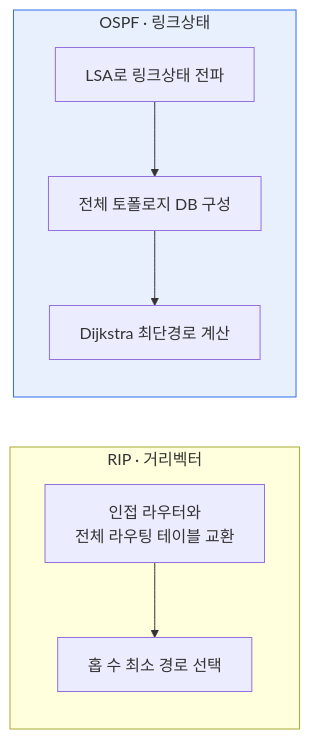
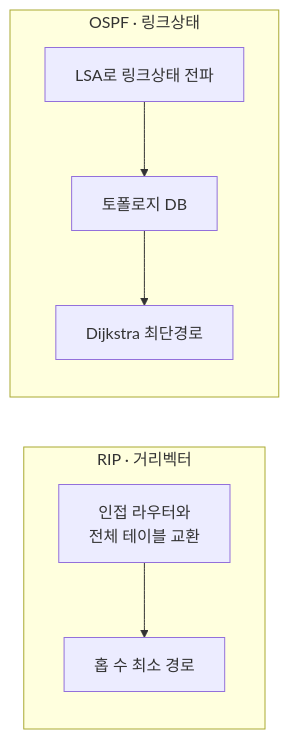
The diagram in content/rip-vs-ospf.md (coninggu/wjdqhrhksflrltnftk), drawn with Mermaid before and after one commit. The commit also changed other lines of this file and 28 other files, not shown here.

````diff
--- a/content/rip-vs-ospf.md
+++ b/content/rip-vs-ospf.md
@@ -13,10 +13,9 @@
 ```mermaid
 flowchart LR
-  subgraph RIP["RIP · 거리벡터"]
-    R1[인접 라우터와<br/>전체 라우팅 테이블 교환] --> R2[홉 수 최소 경로 선택]
+  subgraph RIP[RIP · 거리벡터]
+    R1[인접 라우터와<br/>전체 테이블 교환] --> R2[홉 수 최소 경로]
   end
-  subgraph OSPF["OSPF · 링크상태"]
-    O1[LSA로 링크상태 전파] --> O2[전체 토폴로지 DB 구성] --> O3[Dijkstra 최단경로 계산]
+  subgraph OSPF[OSPF · 링크상태]
+    O1[LSA로 링크상태 전파] --> O2[토폴로지 DB] --> O3[Dijkstra 최단경로]
   end
-  style OSPF fill:#e8f0fe,stroke:#2f6fed
 ```
````
